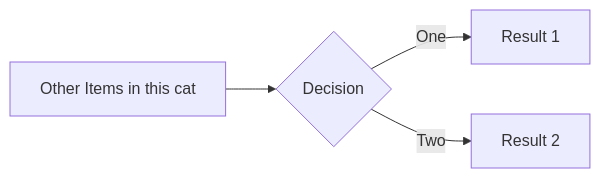
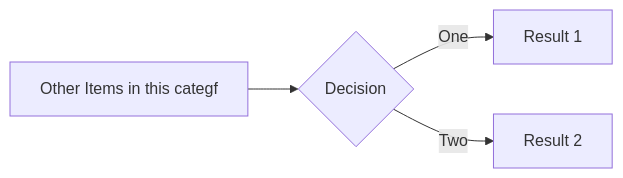
The diagram in slides.md (gerbssusd/dok), drawn with Mermaid before and after one commit.

````diff
--- a/slides.md
+++ b/slides.md
@@ -217,6 +217,6 @@
 ```mermaid {theme: 'neutral', scale: 0.8}
 graph LR
-B[Other Items in this cat] --> C{Decision}
+B[Other Items in this categf] --> C{Decision}
 C -->|One| D[Result 1]
 C -->|Two| E[Result 2]
 ```
````
